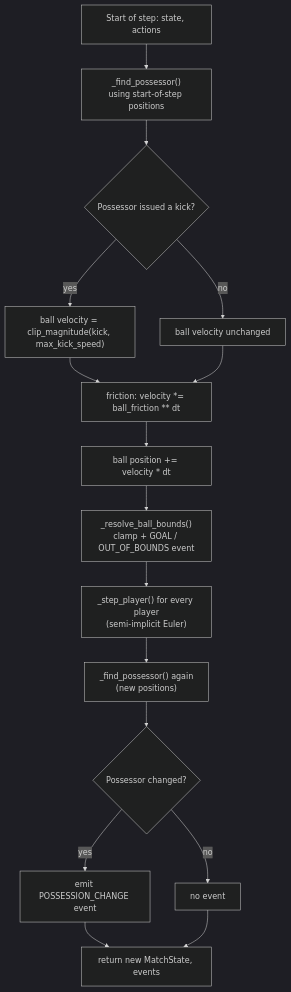
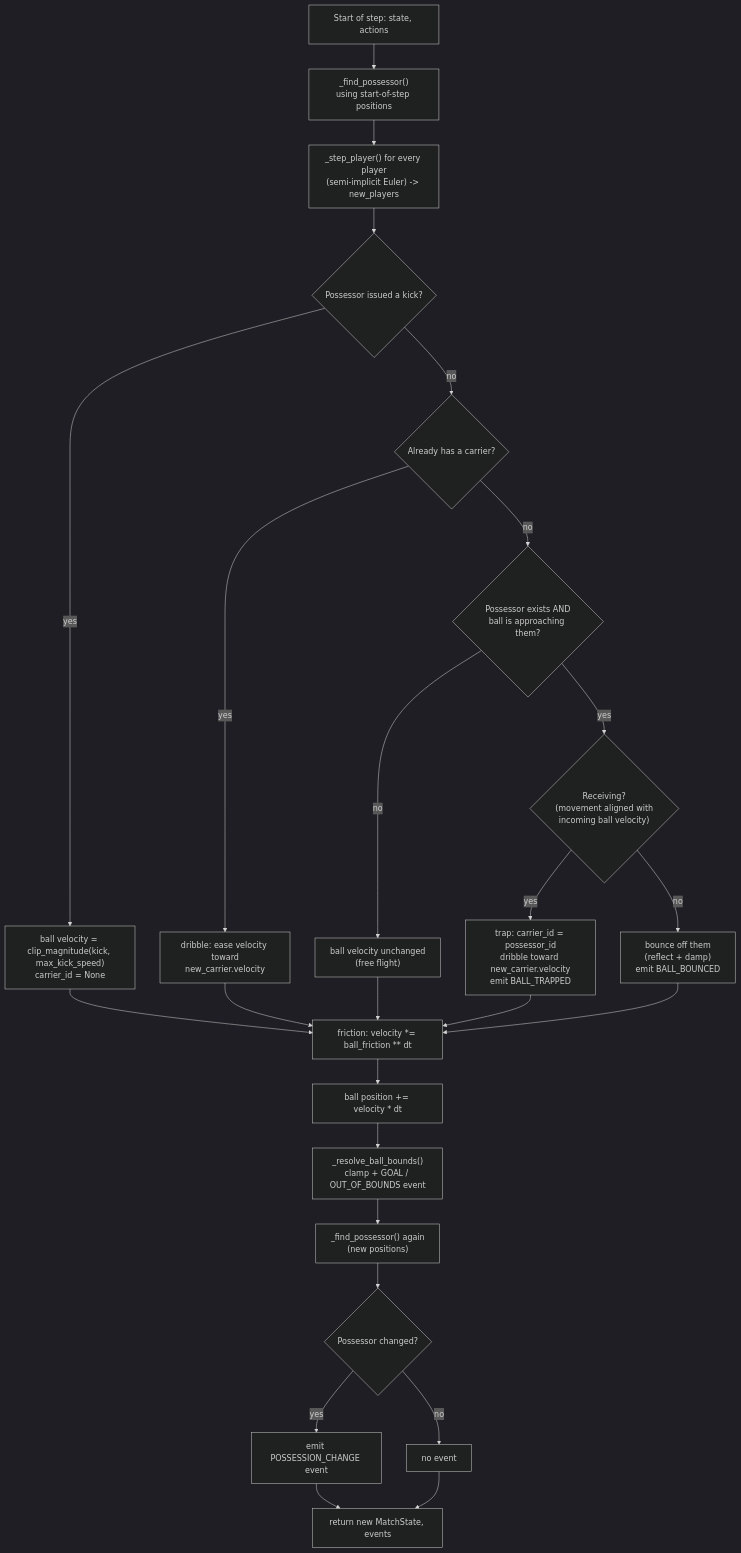
Before and after one commit to guivecchi/soccer_simulation: the second of 2 diagrams in docs/stages/stage1-concepts.md, drawn with Mermaid (dark theme). The commit also changed other lines of this file and 14 other files, not shown here.

First line of the commit message:
Add ball dribbling/trap/bounce, asymmetric braking, and facing-based kicks

````diff
--- a/docs/stages/stage1-concepts.md
+++ b/docs/stages/stage1-concepts.md
@@ -107,18 +123,27 @@
 ```mermaid
 flowchart TD
     A["Start of step: state, actions"] --> B["_find_possessor()\nusing start-of-step positions"]
-    B --> C{"Possessor issued a kick?"}
-    C -- yes --> D["ball velocity = clip_magnitude(kick, max_kick_speed)"]
-    C -- no --> E["ball velocity unchanged"]
+    B --> S["_step_player() for every player\n(semi-implicit Euler) -> new_players"]
+    S --> C{"Possessor issued a kick?"}
+    C -- yes --> D["ball velocity = clip_magnitude(kick, max_kick_speed)\ncarrier_id = None"]
+    C -- no --> E{"Already has a carrier?"}
+    E -- yes --> F1["dribble: ease velocity toward\nnew_carrier.velocity"]
+    E -- no --> G{"Possessor exists AND\nball is approaching them?"}
+    G -- no --> H1["ball velocity unchanged\n(free flight)"]
+    G -- yes --> I2{"Receiving?\n(movement aligned with\nincoming ball velocity)"}
+    I2 -- yes --> J2["trap: carrier_id = possessor_id\ndribble toward new_carrier.velocity\nemit BALL_TRAPPED"]
+    I2 -- no --> K2["bounce off them\n(reflect + damp)\nemit BALL_BOUNCED"]
     D --> F["friction: velocity *= ball_friction ** dt"]
-    E --> F
-    F --> G["ball position += velocity * dt"]
-    G --> H["_resolve_ball_bounds()\nclamp + GOAL / OUT_OF_BOUNDS event"]
-    H --> I["_step_player() for every player\n(semi-implicit Euler)"]
-    I --> J["_find_possessor() again\n(new positions)"]
+    F1 --> F
+    H1 --> F
+    J2 --> F
+    K2 --> F
+    F --> Gb["ball position += velocity * dt"]
+    Gb --> H["_resolve_ball_bounds()\nclamp + GOAL / OUT_OF_BOUNDS event"]
+    H --> J["_find_possessor() again\n(new positions)"]
     J --> K{"Possessor changed?"}
     K -- yes --> L["emit POSSESSION_CHANGE event"]
     K -- no --> M["no event"]
     L --> N["return new MatchState, events"]
     M --> N
 ```
````
